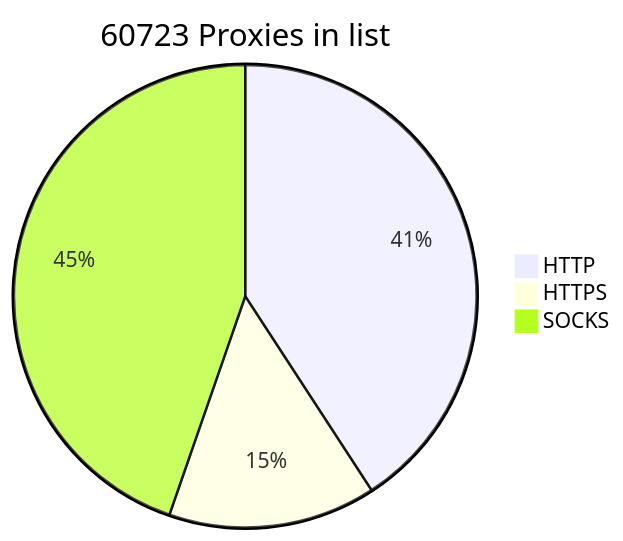
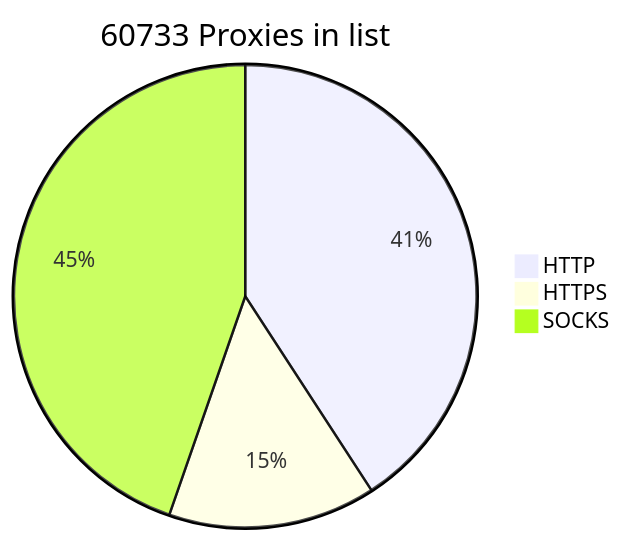
The diagram in README.md (BlackSnowDot/proxylist-update-every-minute), drawn with Mermaid before and after one commit.

````diff
--- a/README.md
+++ b/README.md
@@ -2,6 +2,6 @@
 ```mermaid
-pie title 60723 Proxies in list
-    "HTTP" : 28072
+pie title 60733 Proxies in list
+    "HTTP" : 28082
     "HTTPS": 9975
     "SOCKS" : 30734
 ```
````
